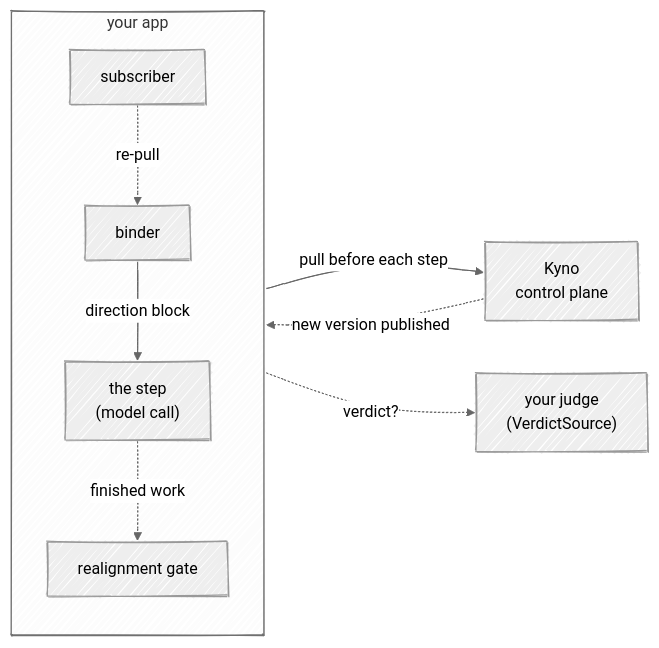
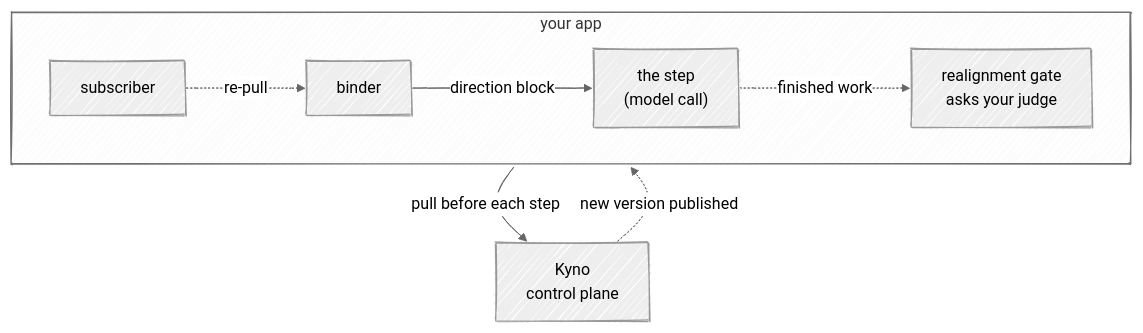
The third of 3 diagrams in docs/adapters.md (cizambra/kyno), drawn with Mermaid before and after one commit.

Commit message:
Half-height mechanics diagram

````diff
--- a/docs/adapters.md
+++ b/docs/adapters.md
@@ -111,25 +111,19 @@
 ```mermaid
 ---
 config:
   look: handDrawn
   theme: neutral
   flowchart:
     useMaxWidth: false
 ---
-flowchart LR
+flowchart TB
   KY["Kyno<br/>control plane"]
   subgraph APP["your app"]
-    direction TB
-    SUB["subscriber"]
-    BN["binder"]
-    STEP["the step<br/>(model call)"]
-    GATE["realignment gate"]
+    direction LR
+    SUB["subscriber"] -. "re-pull" .-> BN["binder"]
+    BN -- "direction block" --> STEP["the step<br/>(model call)"]
+    STEP -. "finished work" .-> GATE["realignment gate<br/>asks your judge"]
   end
-  JD["your judge<br/>(VerdictSource)"]
-  KY -. "new version published" .-> SUB
-  SUB -. "re-pull" .-> BN
-  BN -- "pull before each step" --> KY
-  BN -- "direction block" --> STEP
-  STEP -. "finished work" .-> GATE
-  GATE -. "verdict?" .-> JD
+  APP -- "pull before each step" --> KY
+  KY -. "new version published" .-> APP
 ```
````
